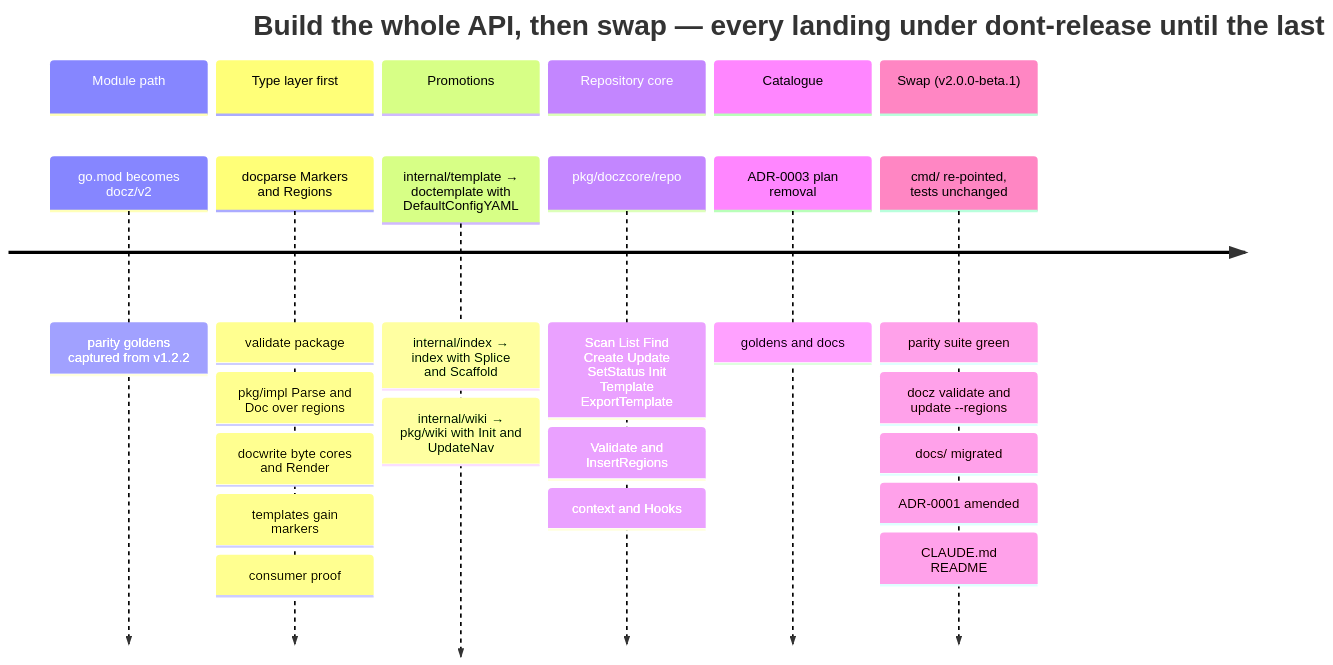
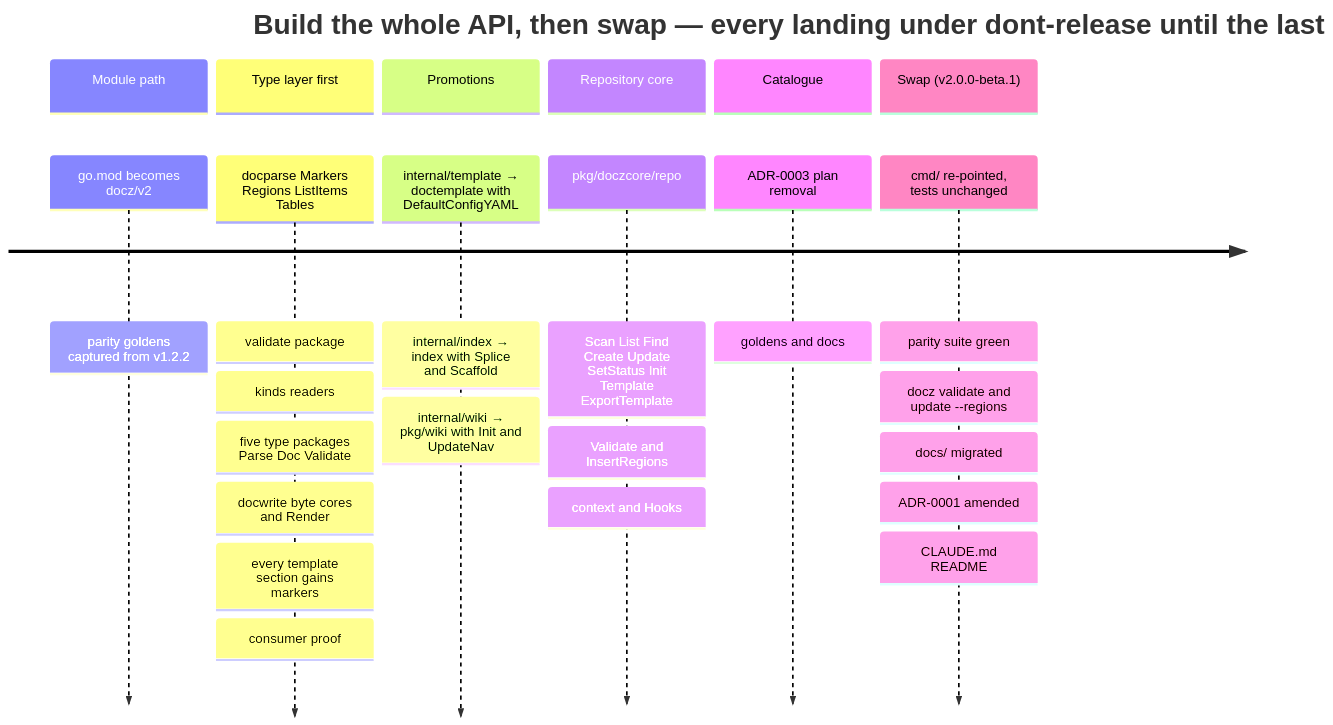
One commit to donaldgifford/docz changed diagram 15 of 16 in docs/design/0014-the-docz-api-as-one-unit-packages-types-functions-and-the-cmd.md. Above: the diagram before and after it, drawn with Mermaid. The commit also changed other lines of this file and 3 other files, not shown here.

First line of the commit message:
docs: every built-in is a structured type — five type packages, kinds, forty-one-kind catalogue

````diff
--- a/docs/design/0014-the-docz-api-as-one-unit-packages-types-functions-and-the-cmd.md
+++ b/docs/design/0014-the-docz-api-as-one-unit-packages-types-functions-and-the-cmd.md
@@ -1368,16 +1645,16 @@
 ```mermaid
 timeline
   title Build the whole API, then swap — every landing under dont-release until the last
   section Module path
     go.mod becomes docz/v2 : parity goldens captured from v1.2.2
   section Type layer first
-    docparse Markers and Regions : validate package : pkg/impl Parse and Doc over regions : docwrite byte cores and Render : templates gain markers : consumer proof
+    docparse Markers Regions ListItems Tables : validate package : kinds readers : five type packages Parse Doc Validate : docwrite byte cores and Render : every template section gains markers : consumer proof
   section Promotions
     internal/template → doctemplate with DefaultConfigYAML : internal/index → index with Splice and Scaffold : internal/wiki → pkg/wiki with Init and UpdateNav
   section Repository core
     pkg/doczcore/repo : Scan List Find Create Update SetStatus Init Template ExportTemplate : Validate and InsertRegions : context and Hooks
   section Catalogue
     ADR-0003 plan removal : goldens and docs
   section Swap (v2.0.0-beta.1)
     cmd/ re-pointed, tests unchanged : parity suite green : docz validate and update --regions : docs/ migrated : ADR-0001 amended : CLAUDE.md README
 ```
````
